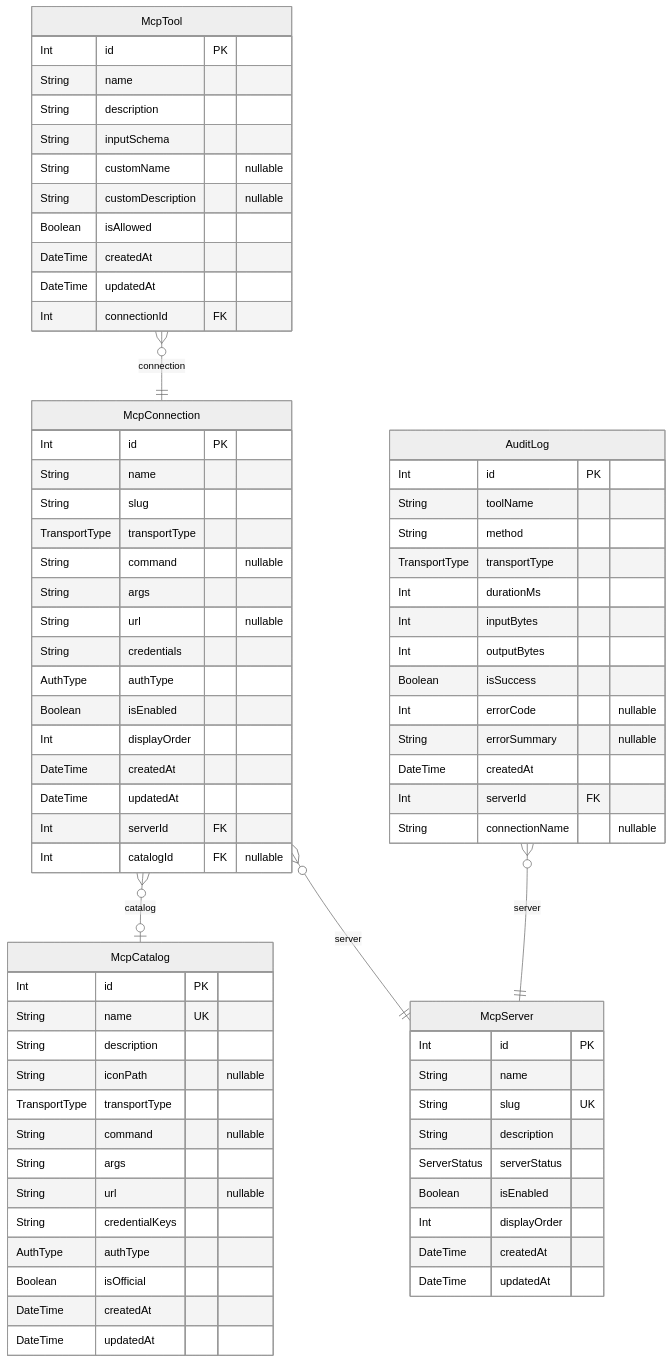
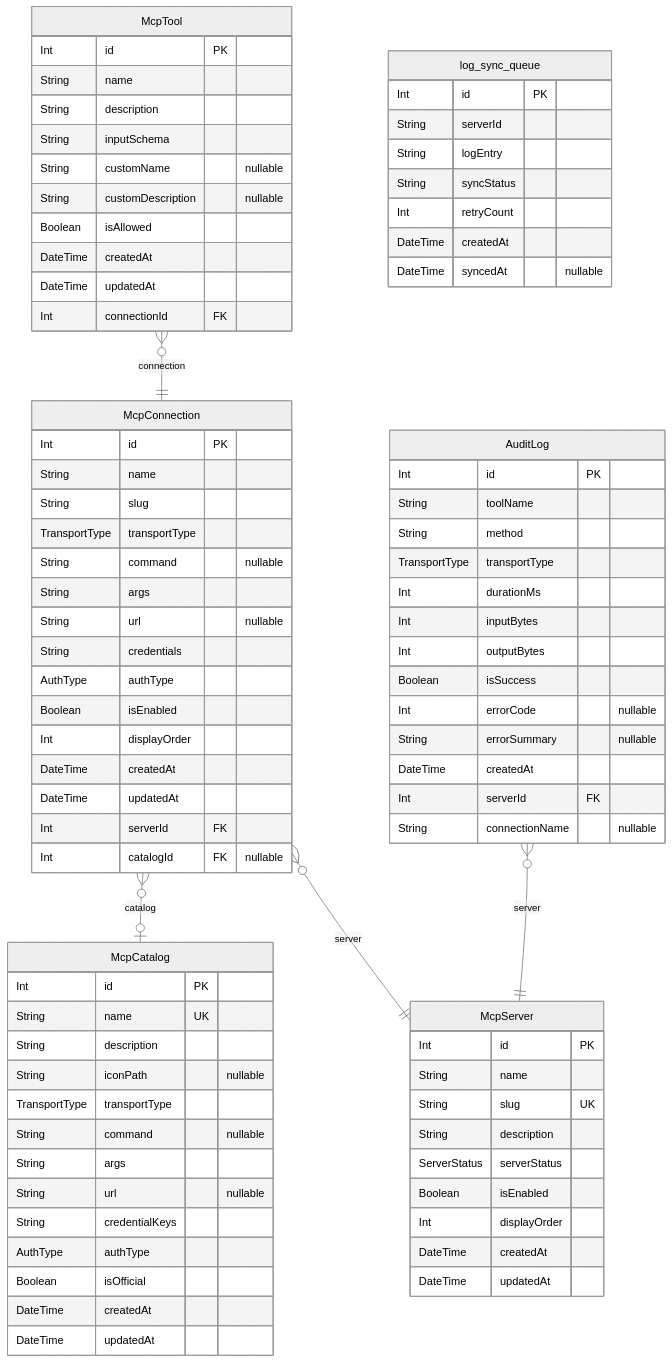
One commit to rayven122/tumiki changed the second of 2 diagrams in apps/desktop/prisma/README.md. Above: the diagram before and after it, drawn with Mermaid (neutral theme). The commit also changed other lines of this file and 3 other files, not shown here.

First line of the commit message:
feat(desktop): add LogSyncQueue model for audit log cloud sync

```diff
--- a/apps/desktop/prisma/README.md
+++ b/apps/desktop/prisma/README.md
@@ -91,6 +89,15 @@
   DateTime createdAt
   DateTime updatedAt
 }
+"log_sync_queue" {
+  Int id PK
+  String serverId
+  String logEntry
+  String syncStatus
+  Int retryCount
+  DateTime createdAt
+  DateTime syncedAt "nullable"
+}
 "AuditLog" {
   Int id PK
   String toolName
```
